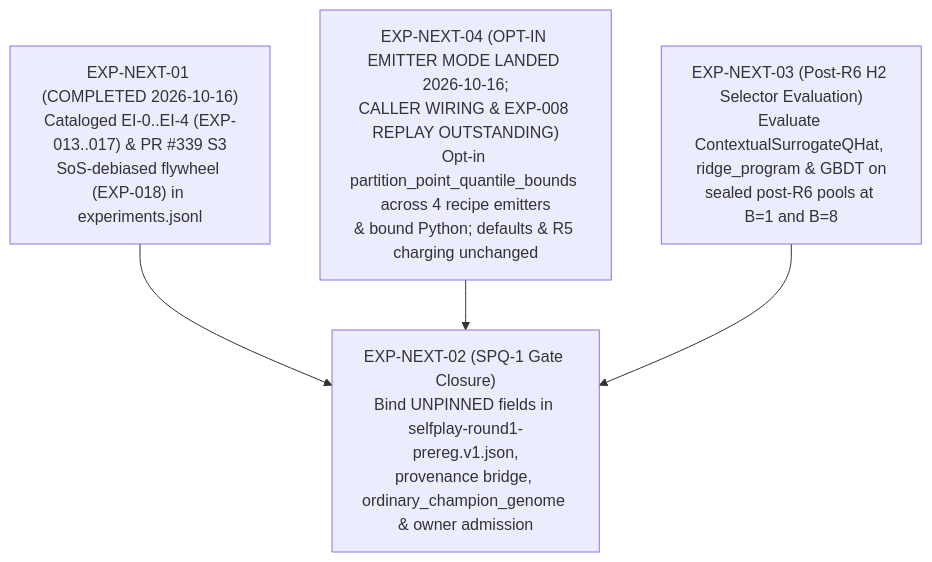
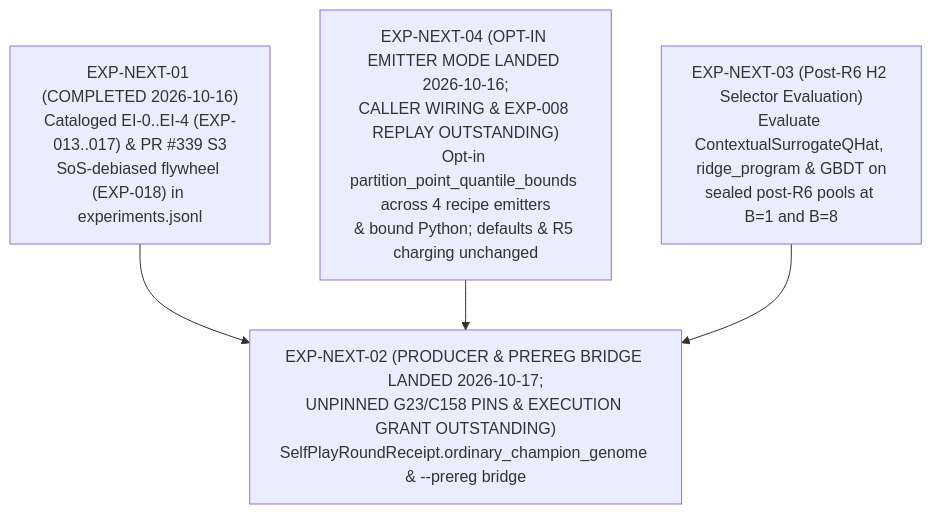
The diagram in docs/experiments/SYNTHESIS_AND_NEXT_EXPERIMENTS.md (neverhuman/JopeDime), drawn with Mermaid before and after one commit. The commit also changed other lines of this file and 13 other files, not shown here.

Commit message:
feat(learning): add EXP-NEXT-02 SPQ-1 ordinary champion producer and prereg verifier bridge

````diff
--- a/docs/experiments/SYNTHESIS_AND_NEXT_EXPERIMENTS.md
+++ b/docs/experiments/SYNTHESIS_AND_NEXT_EXPERIMENTS.md
@@ -57,6 +57,6 @@
 ```mermaid
 flowchart TD
-    A["EXP-NEXT-01 (COMPLETED 2026-10-16)<br/>Cataloged EI-0..EI-4 (EXP-013..017) & PR #339 S3<br/>SoS-debiased flywheel (EXP-018) in experiments.jsonl"] --> B["EXP-NEXT-02 (SPQ-1 Gate Closure)<br/>Bind UNPINNED fields in selfplay-round1-prereg.v1.json,<br/>provenance bridge, ordinary_champion_genome & owner admission"]
+    A["EXP-NEXT-01 (COMPLETED 2026-10-16)<br/>Cataloged EI-0..EI-4 (EXP-013..017) & PR #339 S3<br/>SoS-debiased flywheel (EXP-018) in experiments.jsonl"] --> B["EXP-NEXT-02 (PRODUCER & PREREG BRIDGE LANDED 2026-10-17;<br/>UNPINNED G23/C158 PINS & EXECUTION GRANT OUTSTANDING)<br/>SelfPlayRoundReceipt.ordinary_champion_genome & --prereg bridge"]
     C["EXP-NEXT-04 (OPT-IN EMITTER MODE LANDED 2026-10-16;<br/>CALLER WIRING & EXP-008 REPLAY OUTSTANDING)<br/>Opt-in partition_point_quantile_bounds across 4 recipe emitters<br/>& bound Python; defaults & R5 charging unchanged"] --> B
     D["EXP-NEXT-03 (Post-R6 H2 Selector Evaluation)<br/>Evaluate ContextualSurrogateQHat, ridge_program & GBDT on<br/>sealed post-R6 pools at B=1 and B=8"] --> B
 ```
````
